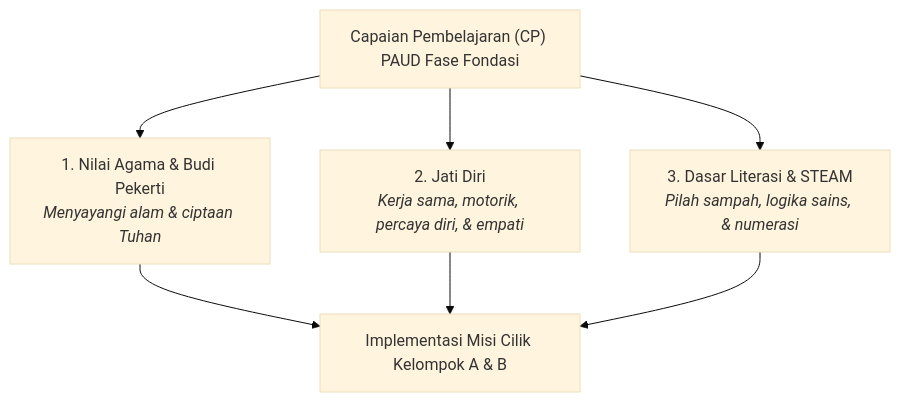
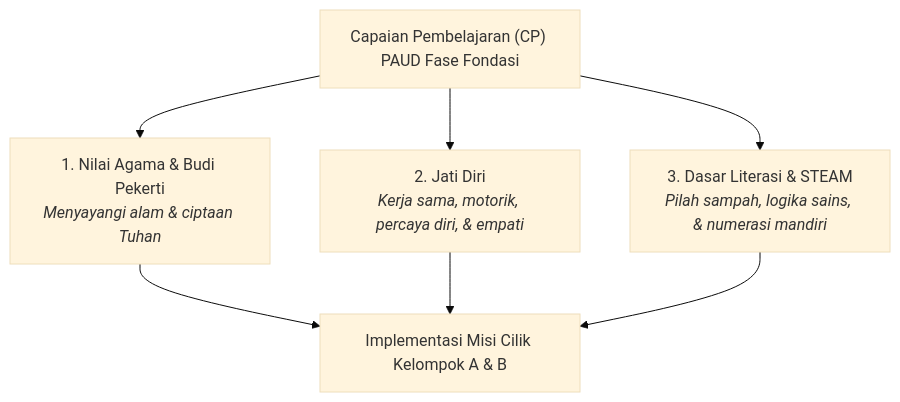
The diagram in docs/02_kurikulum/kurikulum_paud.md (bud1purwanto/Misi-Cilik-Games-Edukasi), drawn with Mermaid (base theme) before and after one commit. The commit also changed other lines of this file and 8 other files, not shown here.

Commit message:
docs: perbarui spesifikasi teknis dan kurikulum sesuai revisi prioritas mbak ratih (objek numerasi 4 tema, diferensiasi sampah 4 vs 6, asesmen bukti pengamatan, dan dual-mode)

````diff
--- a/docs/02_kurikulum/kurikulum_paud.md
+++ b/docs/02_kurikulum/kurikulum_paud.md
@@ -11,12 +11,12 @@
 ```mermaid
 graph TD
     CP["Capaian Pembelajaran (CP) PAUD Fase Fondasi"]
     
     CP --> E1["1. Nilai Agama & Budi Pekerti<br><i>Menyayangi alam & ciptaan Tuhan</i>"]
     CP --> E2["2. Jati Diri<br><i>Kerja sama, motorik, percaya diri, & empati</i>"]
-    CP --> E3["3. Dasar Literasi & STEAM<br><i>Pilah sampah, logika sains, & numerasi</i>"]
+    CP --> E3["3. Dasar Literasi & STEAM<br><i>Pilah sampah, logika sains, & numerasi mandiri</i>"]
 
     E1 --> G["Implementasi Misi Cilik Kelompok A & B"]
     E2 --> G
     E3 --> G
 ```
````
